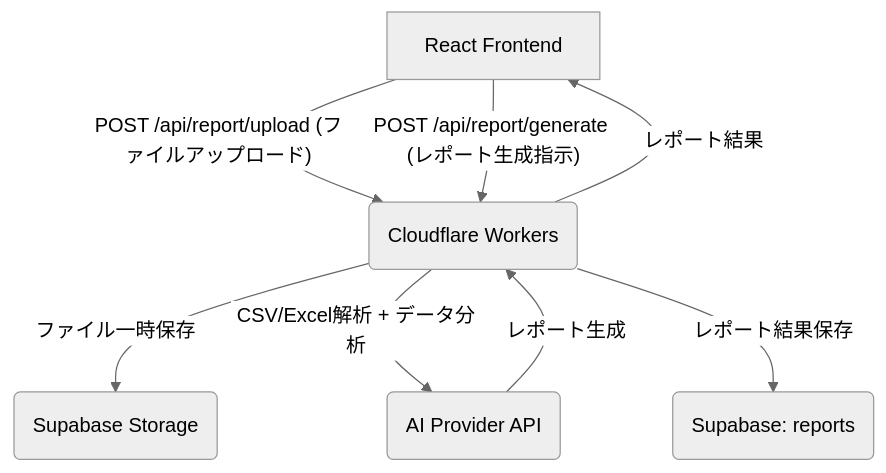
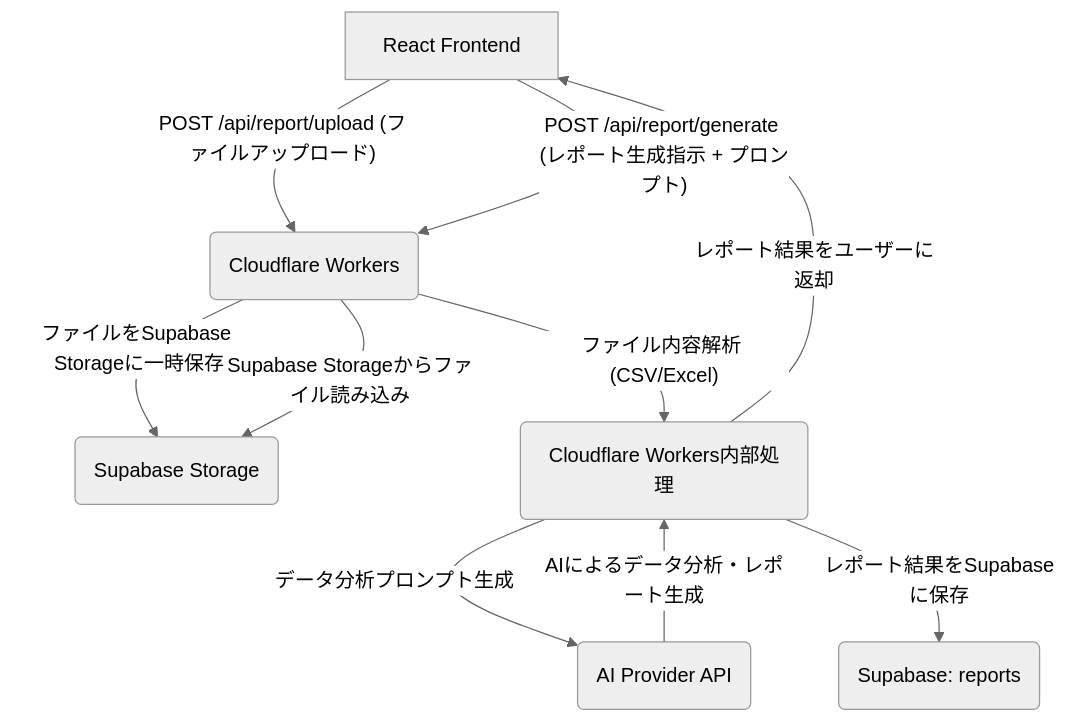
Before and after one commit to mokaland/toppa-inc: the third of 3 diagrams in docs/tsumikiri/tech-architecture.md, drawn with Mermaid (neutral theme). The commit also changed other lines of this file, not shown here.

````diff
--- a/docs/tsumikiri/tech-architecture.md
+++ b/docs/tsumikiri/tech-architecture.md
@@ -37,10 +39,12 @@
 ```mermaid
 graph TD
     A[React Frontend] -- POST /api/report/upload (ファイルアップロード) --> B(Cloudflare Workers)
-    B -- ファイル一時保存 --> C(Supabase Storage)
-    A -- POST /api/report/generate (レポート生成指示) --> B
-    B -- CSV/Excel解析 + データ分析 --> D(AI Provider API)
-    D -- レポート生成 --> B
-    B -- レポート結果保存 --> E(Supabase: reports)
-    B -- レポート結果 --> A
+    B -- ファイルをSupabase Storageに一時保存 --> C(Supabase Storage)
+    A -- POST /api/report/generate (レポート生成指示 + プロンプト) --> B
+    B -- Supabase Storageからファイル読み込み --> C
+    B -- ファイル内容解析 (CSV/Excel) --> F(Cloudflare Workers内部処理)
+    F -- データ分析プロンプト生成 --> G(AI Provider API)
+    G -- AIによるデータ分析・レポート生成 --> F
+    F -- レポート結果をSupabaseに保存 --> E(Supabase: reports)
+    F -- レポート結果をユーザーに返却 --> A
 ```
````
